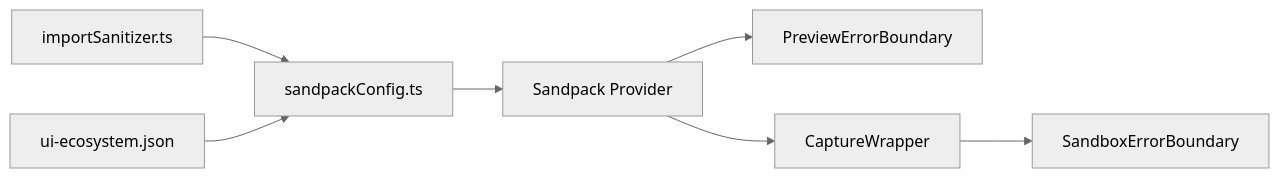
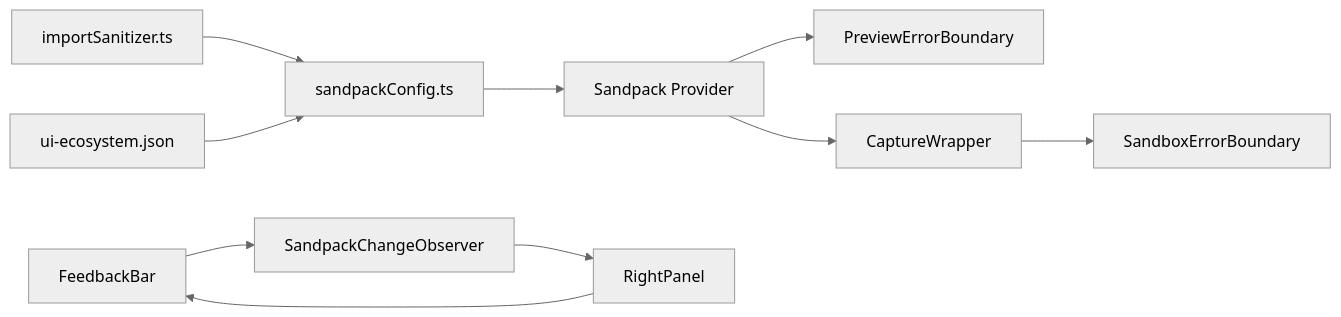
Before and after one commit to shekhargiri005-dotcom/AI-powered-accessibility-first-UI-engine: the ninth of 9 diagrams in .qoder/repowiki/en/content/Sandbox Error Boundary.md, drawn with Mermaid (neutral theme). The commit also changed other lines of this file and 3 other files, not shown here.

````diff
--- a/.qoder/repowiki/en/content/Sandbox Error Boundary.md
+++ b/.qoder/repowiki/en/content/Sandbox Error Boundary.md
@@ -220,9 +324,12 @@
 ```mermaid
 graph LR
 SAN["importSanitizer.ts"] --> CFG["sandpackConfig.ts"]
 ECOSYS["ui-ecosystem.json"] --> CFG
 CFG --> SP["Sandpack Provider"]
 SP --> PEB["PreviewErrorBoundary"]
 SP --> WRAP["CaptureWrapper"]
 WRAP --> SEB["SandboxErrorBoundary"]
+FB["FeedbackBar"] --> SCOB["SandpackChangeObserver"]
+SCOB --> RP["RightPanel"]
+RP --> FB
 ```
````
